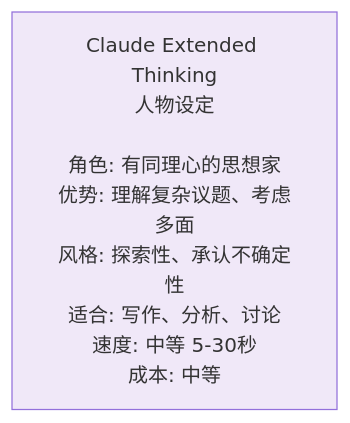
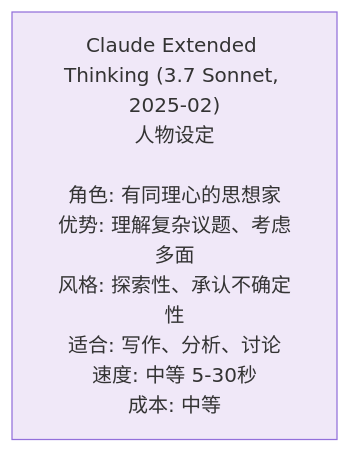
One commit to changsongyang/ai_beginner_guide changed the fourth of 9 diagrams in 07_reasoning_models/7.4_major_reasoning_models.md. Above: the diagram before and after it, drawn with Mermaid. The commit also changed other lines of this file and 17 other files, not shown here.

````diff
--- a/07_reasoning_models/7.4_major_reasoning_models.md
+++ b/07_reasoning_models/7.4_major_reasoning_models.md
@@ -109,5 +109,5 @@
 ```mermaid
 graph LR
-    A["Claude Extended Thinking<br/>人物设定<br/><br/>角色: 有同理心的思想家<br/>优势: 理解复杂议题、考虑多面<br/>风格: 探索性、承认不确定性<br/>适合: 写作、分析、讨论<br/>速度: 中等 5-30秒<br/>成本: 中等"]
+    A["Claude Extended Thinking (3.7 Sonnet, 2025-02)<br/>人物设定<br/><br/>角色: 有同理心的思想家<br/>优势: 理解复杂议题、考虑多面<br/>风格: 探索性、承认不确定性<br/>适合: 写作、分析、讨论<br/>速度: 中等 5-30秒<br/>成本: 中等"]
     style A fill:#F0E8F8
 ```
````
